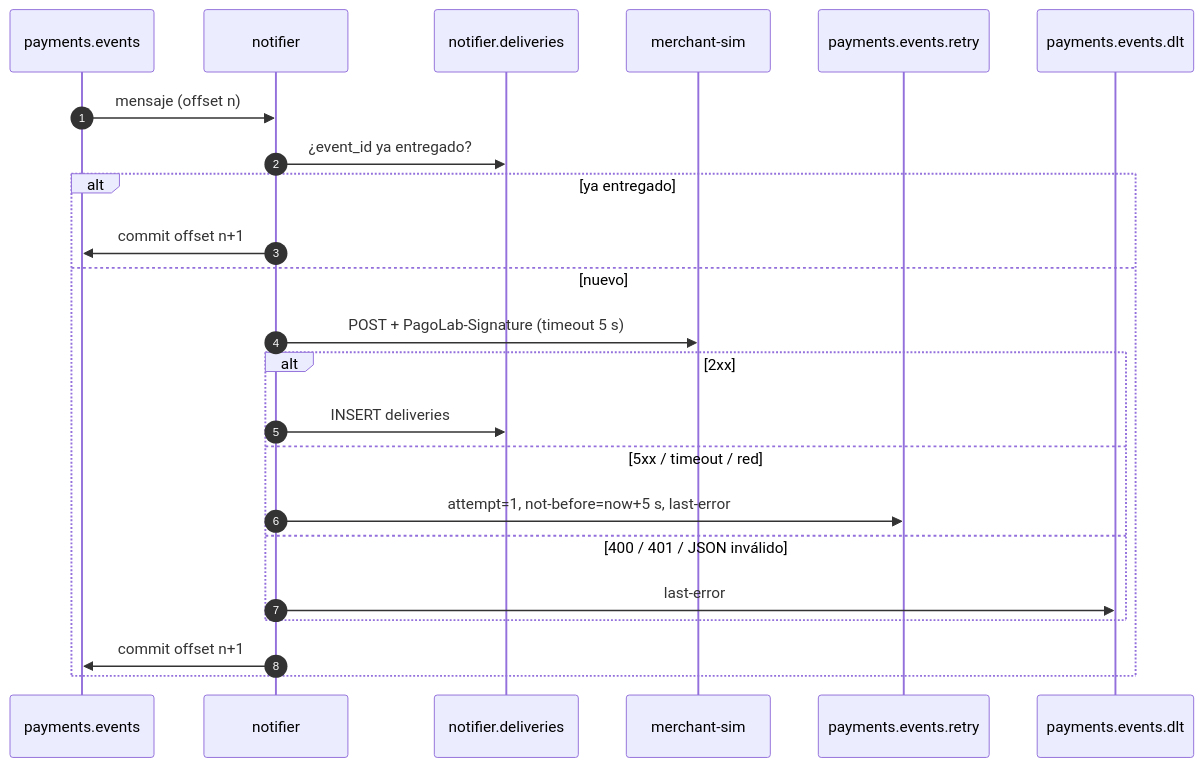
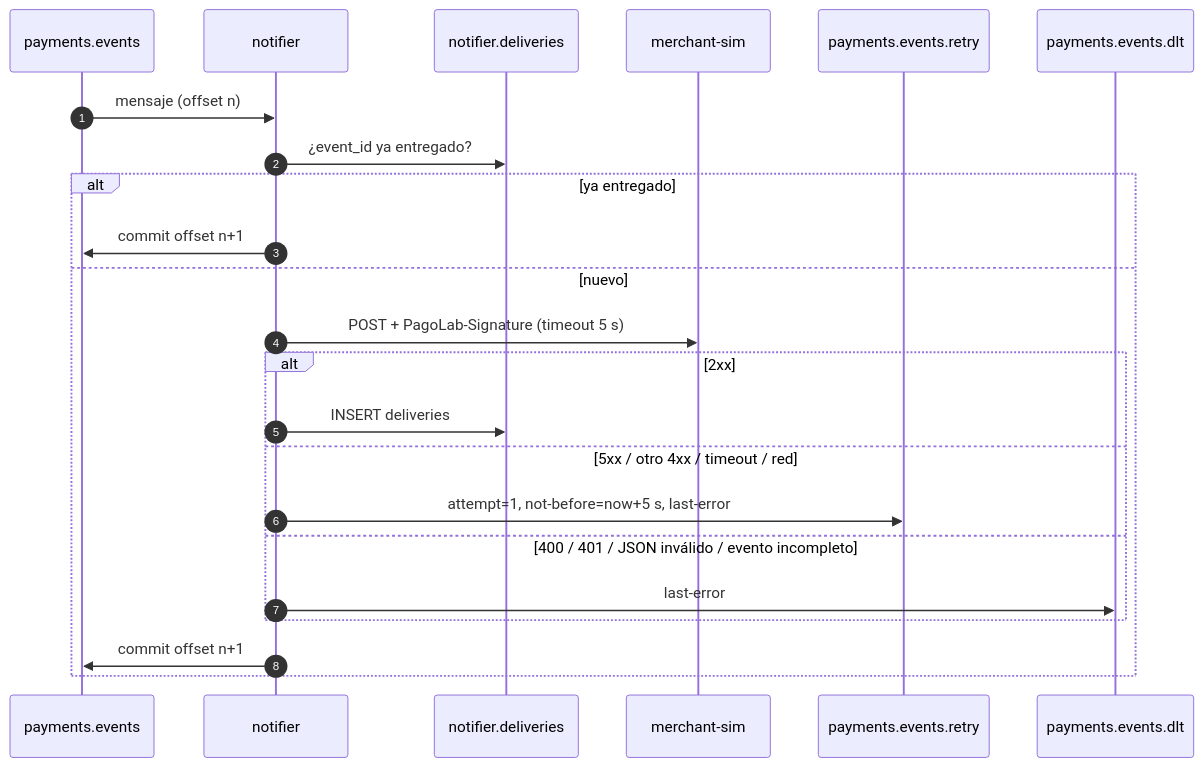
One commit to Giancho2000/pago-lab changed the third of 3 diagrams in specs/fase-2/design.md. Above: the diagram before and after it, drawn with Mermaid. The commit also changed other lines of this file and 8 other files, not shown here.

````diff
--- a/specs/fase-2/design.md
+++ b/specs/fase-2/design.md
@@ -215,26 +215,26 @@
 ```mermaid
 sequenceDiagram
   autonumber
   participant K as payments.events
   participant N as notifier
   participant DB as notifier.deliveries
   participant M as merchant-sim
   participant RT as payments.events.retry
   participant D as payments.events.dlt
 
   K->>N: mensaje (offset n)
   N->>DB: ¿event_id ya entregado?
   alt ya entregado
     N->>K: commit offset n+1
   else nuevo
     N->>M: POST + PagoLab-Signature (timeout 5 s)
     alt 2xx
       N->>DB: INSERT deliveries
-    else 5xx / timeout / red
+    else 5xx / otro 4xx / timeout / red
       N->>RT: attempt=1, not-before=now+5 s, last-error
-    else 400 / 401 / JSON inválido
+    else 400 / 401 / JSON inválido / evento incompleto
       N->>D: last-error
     end
     N->>K: commit offset n+1
   end
 ```
````
